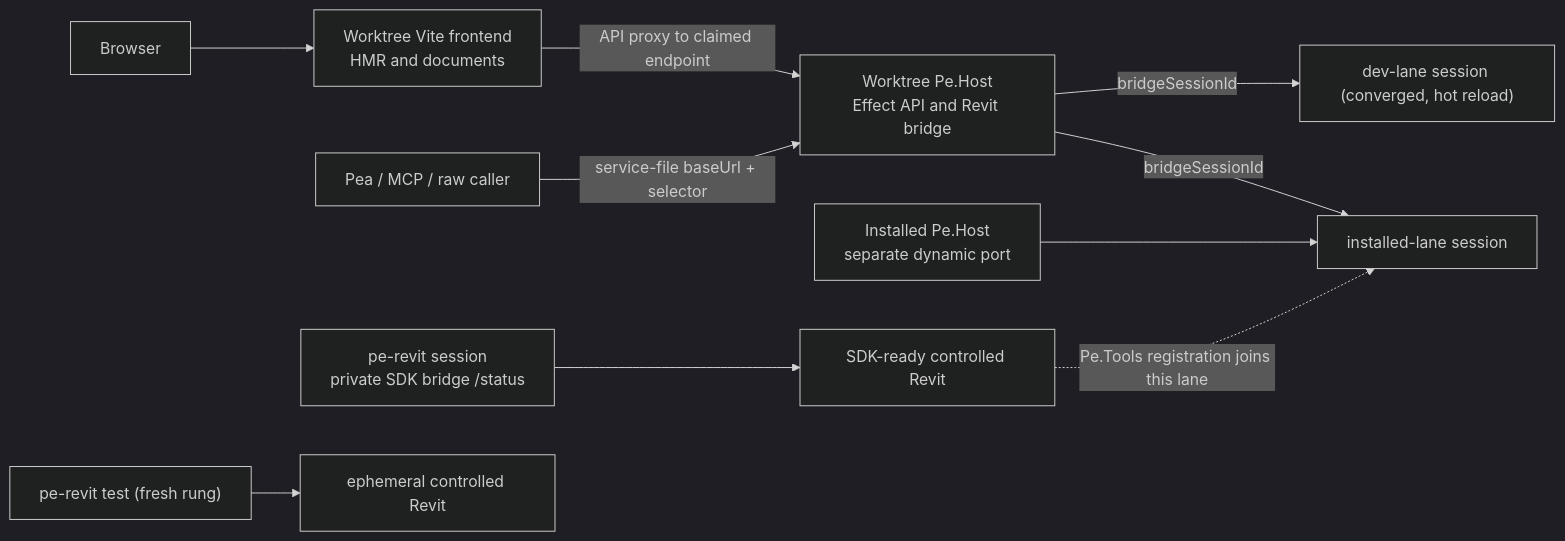
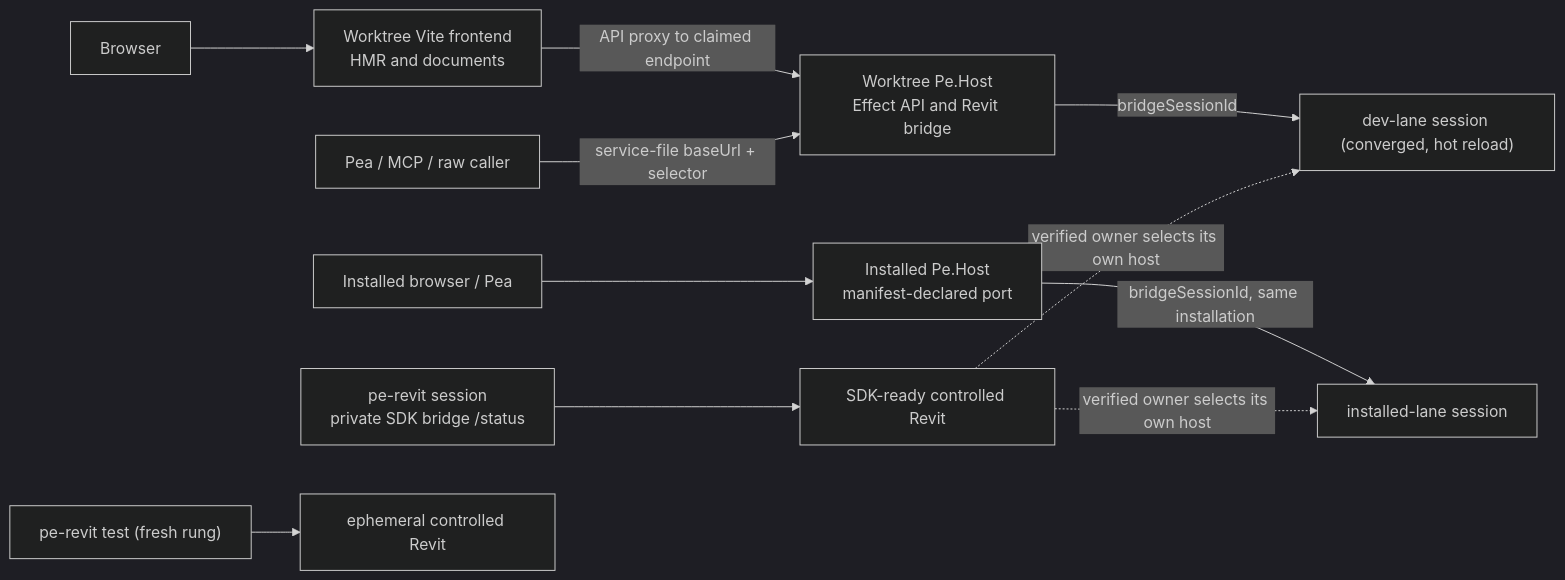
Before and after one commit to positive-energy-labs/Pe.Tools: the diagram in docs/BUILD.md, drawn with Mermaid (dark theme). The commit also changed other lines of this file and 2 other files, not shown here.

````diff
--- a/docs/BUILD.md
+++ b/docs/BUILD.md
@@ -294,12 +302,13 @@
 ```mermaid
 flowchart LR
   Web["Browser"] --> Vite["Worktree Vite frontend<br/>HMR and documents"]
   Vite -->|API proxy to claimed endpoint| SourceHost["Worktree Pe.Host<br/>Effect API and Revit bridge"]
   Pea["Pea / MCP / raw caller"] -->|service-file baseUrl + selector| SourceHost
   SourceHost -->|bridgeSessionId| DevSession["dev-lane session (converged, hot reload)"]
-  SourceHost -->|bridgeSessionId| RoutedInstalled["installed-lane session"]
-  InstalledHost["Installed Pe.Host<br/>separate dynamic port"] --> RoutedInstalled
+  InstalledWeb["Installed browser / Pea"] --> InstalledHost["Installed Pe.Host<br/>manifest-declared port"]
+  InstalledHost -->|bridgeSessionId, same installation| RoutedInstalled["installed-lane session"]
   SDK["pe-revit session<br/>private SDK bridge /status"] --> Controlled["SDK-ready controlled Revit"]
   Test["pe-revit test (fresh rung)"] --> FreshRevit["ephemeral controlled Revit"]
-  Controlled -. "Pe.Tools registration joins this lane" .-> RoutedInstalled
+  Controlled -. "verified owner selects its own host" .-> DevSession
+  Controlled -. "verified owner selects its own host" .-> RoutedInstalled
 ```
````
